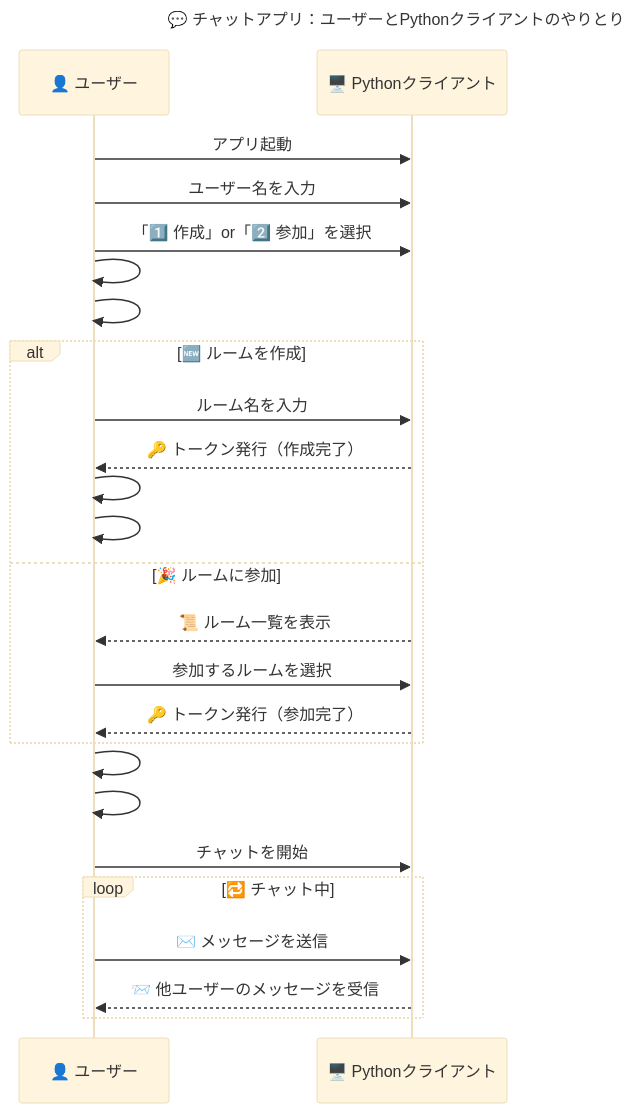
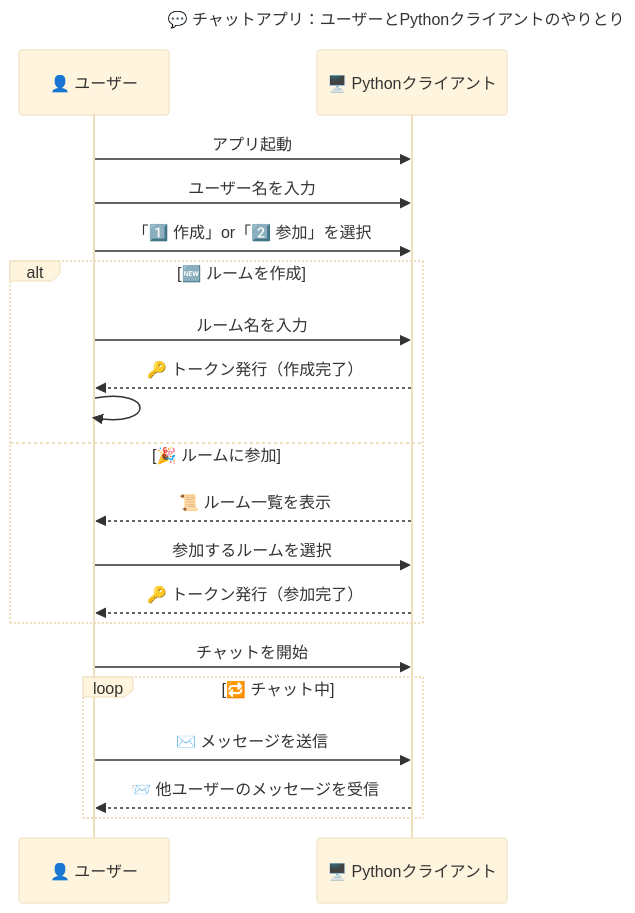
One commit to BackendExplorer/Tenshin changed the first of 3 diagrams in README.md. Above: the diagram before and after it, drawn with Mermaid (base theme).

````diff
--- a/README.md
+++ b/README.md
@@ -1,44 +1,35 @@
 ```mermaid
 sequenceDiagram
     title 💬 チャットアプリ：ユーザーとPythonクライアントのやりとり
 
     participant ユーザー as 👤 ユーザー
     participant クライアント as 🖥️ Pythonクライアント
 
     %% === 🚀 起動フェーズ ===
     ユーザー->>クライアント: アプリ起動
     ユーザー->>クライアント: ユーザー名を入力
     ユーザー->>クライアント: 「1️⃣ 作成」or「2️⃣ 参加」を選択
 
-    %% ⬜ フェーズ間余白
-    ユーザー->>ユーザー:
-    ユーザー->>ユーザー:
-
     %% === 🏠 ルーム選択フェーズ ===
     alt 🆕 ルームを作成
         ユーザー->>クライアント: ルーム名を入力
         クライアント-->>ユーザー: 🔑 トークン発行（作成完了）
 
-        %% ブロック間スペース
-        ユーザー->>ユーザー:
-        ユーザー->>ユーザー:
+        %% ダミーの不可視メッセージで余白を作る
+        ユーザー->>ユーザー: 
 
     else 🎉 ルームに参加
         クライアント-->>ユーザー: 📜 ルーム一覧を表示
         ユーザー->>クライアント: 参加するルームを選択
         クライアント-->>ユーザー: 🔑 トークン発行（参加完了）
     end
-
-    %% ⬜ フェーズ間余白
-    ユーザー->>ユーザー:
-    ユーザー->>ユーザー:
 
     %% === 💬 チャットフェーズ ===
     ユーザー->>クライアント: チャットを開始
 
     loop 🔁 チャット中
         ユーザー->>クライアント: ✉️ メッセージを送信
         クライアント-->>ユーザー: 📨 他ユーザーのメッセージを受信
     end
 
 ```
````
